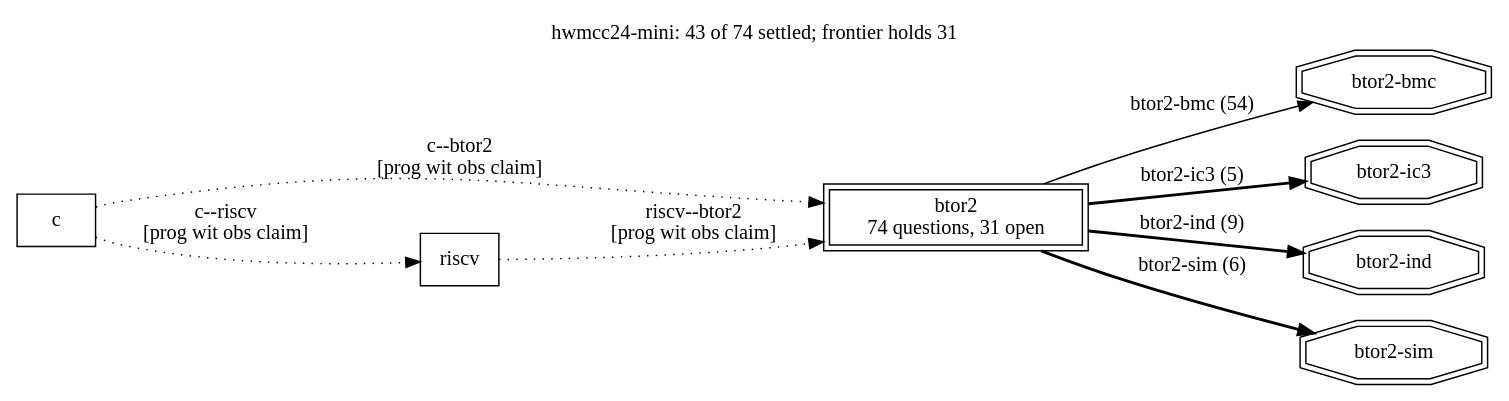
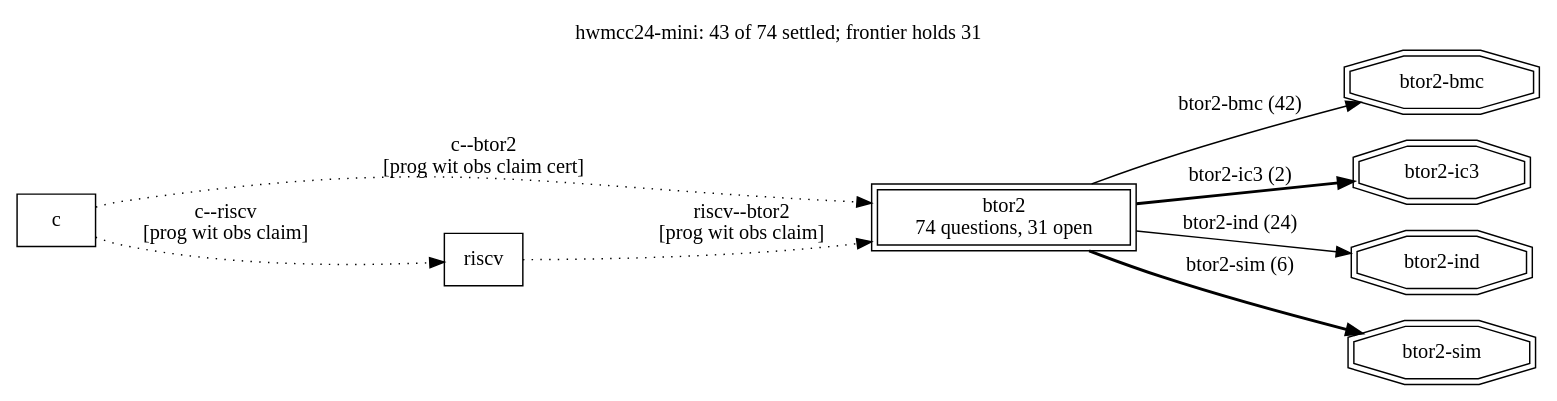
The diagram in runs/hwmcc24-mini/frontier.dot (cksystemsgroup/hurdy-gurdy), drawn with Graphviz before and after one commit. The commit also changed 75 other files, not shown here.

```diff
--- a/runs/hwmcc24-mini/frontier.dot
+++ b/runs/hwmcc24-mini/frontier.dot
@@ -1,19 +1,19 @@
 digraph "hwmcc24-mini" {
   rankdir=LR; labelloc=t;
   label="hwmcc24-mini: 43 of 74 settled; frontier holds 31";
   node [shape=box];
   "btor2" [peripheries=2, label="btor2\n74 questions, 31 open"];
   "c";
   "riscv";
-  "c" -> "btor2" [style=dotted, label="c--btor2\n[prog wit obs claim]"];
+  "c" -> "btor2" [style=dotted, label="c--btor2\n[prog wit obs claim cert]"];
   "c" -> "riscv" [style=dotted, label="c--riscv\n[prog wit obs claim]"];
   "riscv" -> "btor2" [style=dotted, label="riscv--btor2\n[prog wit obs claim]"];
   "search:btor2-bmc" [shape=doubleoctagon, label="btor2-bmc"];
-  "btor2" -> "search:btor2-bmc" [style=solid, label="btor2-bmc (54)"];
+  "btor2" -> "search:btor2-bmc" [style=solid, label="btor2-bmc (42)"];
   "search:btor2-ic3" [shape=doubleoctagon, label="btor2-ic3"];
-  "btor2" -> "search:btor2-ic3" [style=bold, label="btor2-ic3 (5)"];
+  "btor2" -> "search:btor2-ic3" [style=bold, label="btor2-ic3 (2)"];
   "search:btor2-ind" [shape=doubleoctagon, label="btor2-ind"];
-  "btor2" -> "search:btor2-ind" [style=bold, label="btor2-ind (9)"];
+  "btor2" -> "search:btor2-ind" [style=solid, label="btor2-ind (24)"];
   "search:btor2-sim" [shape=doubleoctagon, label="btor2-sim"];
   "btor2" -> "search:btor2-sim" [style=bold, label="btor2-sim (6)"];
 }
```
